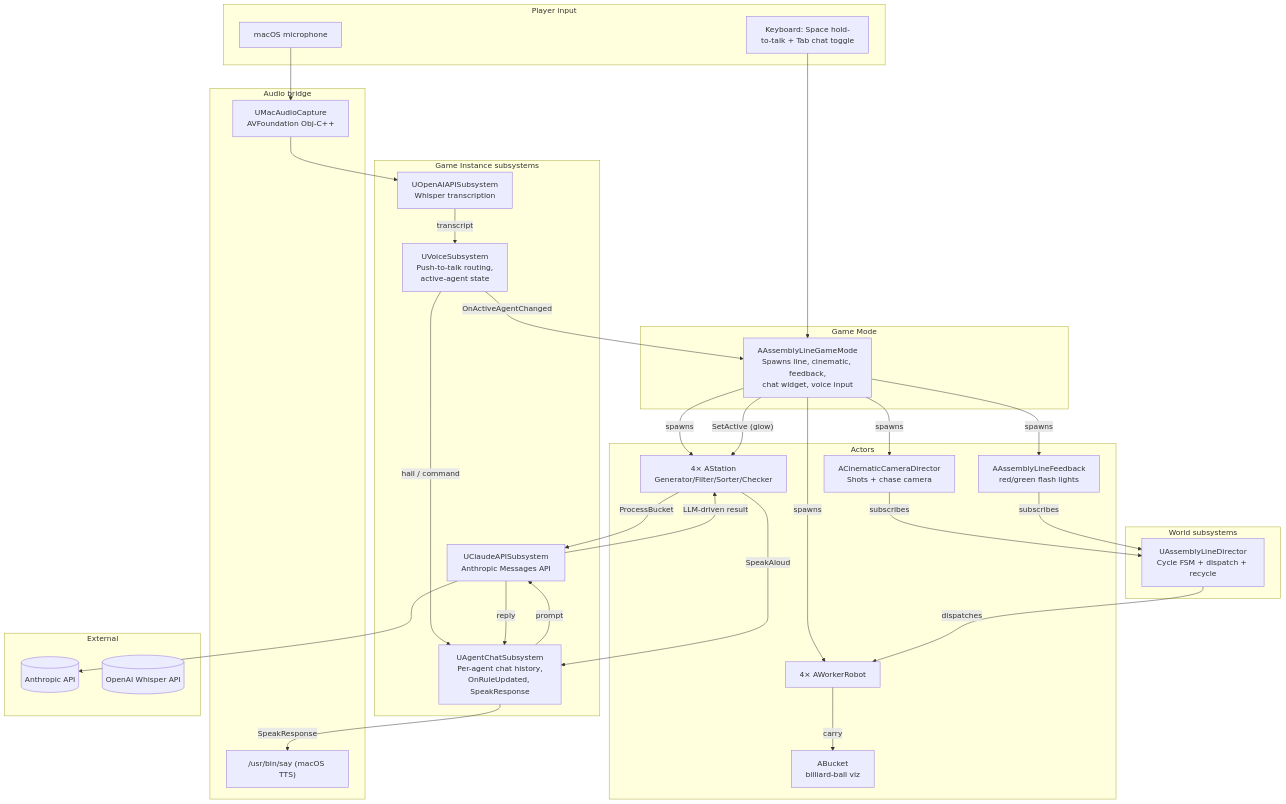
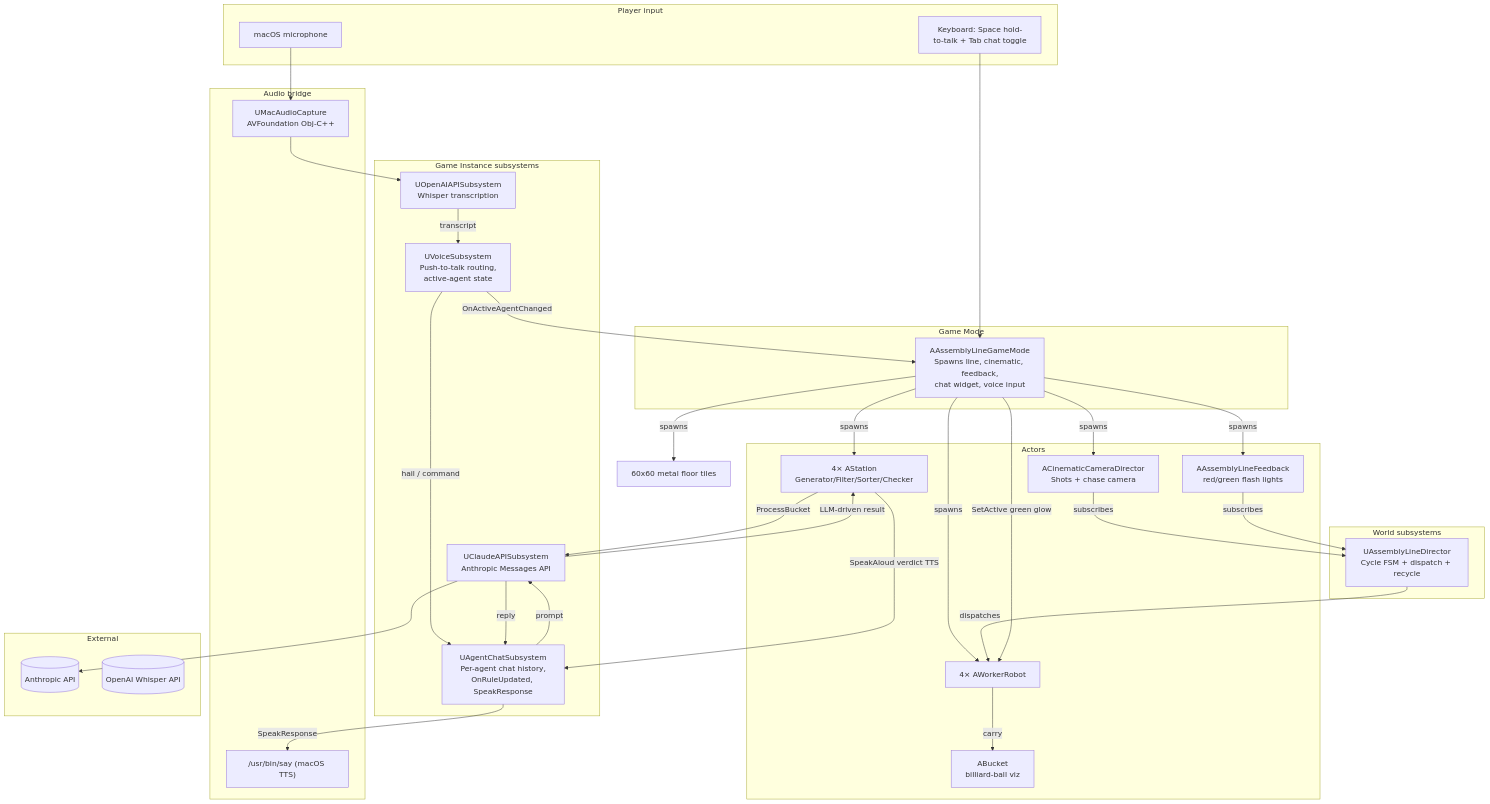
Before and after one commit to eyupgurel/AssemblyLineSimul: the first of 5 diagrams in README.md, drawn with Mermaid. The commit also changed other lines of this file and 1 other file, not shown here.

````diff
--- a/README.md
+++ b/README.md
@@ -105,65 +121,66 @@
 ```mermaid
 graph TB
   subgraph Player input
     KB[Keyboard: Space hold-to-talk + Tab chat toggle]
     Mic[macOS microphone]
   end
 
   subgraph Game Mode
     GM[AAssemblyLineGameMode<br/>Spawns line, cinematic, feedback,<br/>chat widget, voice input]
   end
 
   subgraph World subsystems
     Dir[UAssemblyLineDirector<br/>Cycle FSM + dispatch + recycle]
   end
 
   subgraph Game Instance subsystems
     Chat[UAgentChatSubsystem<br/>Per-agent chat history,<br/>OnRuleUpdated, SpeakResponse]
     Voice[UVoiceSubsystem<br/>Push-to-talk routing,<br/>active-agent state]
     Claude[UClaudeAPISubsystem<br/>Anthropic Messages API]
     OpenAI[UOpenAIAPISubsystem<br/>Whisper transcription]
   end
 
   subgraph Actors
     Stations[4× AStation<br/>Generator/Filter/Sorter/Checker]
     Workers[4× AWorkerRobot]
     Buckets[ABucket<br/>billiard-ball viz]
     Cinematic[ACinematicCameraDirector<br/>Shots + chase camera]
     Feedback[AAssemblyLineFeedback<br/>red/green flash lights]
   end
 
   subgraph Audio bridge
     MacAudio[UMacAudioCapture<br/>AVFoundation Obj-C++]
     Say["/usr/bin/say (macOS TTS)"]
   end
 
   subgraph External
     AnthropicAPI[(Anthropic API)]
     OpenAIAPI[(OpenAI Whisper API)]
   end
 
   KB --> GM
   Mic --> MacAudio
   MacAudio --> OpenAI
   OpenAI -- transcript --> Voice
   Voice -- hail / command --> Chat
   Chat -- prompt --> Claude
   Claude --> AnthropicAPI
   Claude -- reply --> Chat
   Chat -- SpeakResponse --> Say
 
   Stations -- ProcessBucket --> Claude
   Claude -- LLM-driven result --> Stations
-  Stations -- SpeakAloud --> Chat
+  Stations -- SpeakAloud verdict TTS --> Chat
 
   GM -- spawns --> Stations
   GM -- spawns --> Workers
   GM -- spawns --> Cinematic
   GM -- spawns --> Feedback
+  GM -- spawns --> Floor[60x60 metal floor tiles]
   Dir -- dispatches --> Workers
   Workers -- carry --> Buckets
   Cinematic -- subscribes --> Dir
   Feedback -- subscribes --> Dir
   Voice -- OnActiveAgentChanged --> GM
-  GM -- SetActive (glow) --> Stations
+  GM -- SetActive green glow --> Workers
 ```
````
